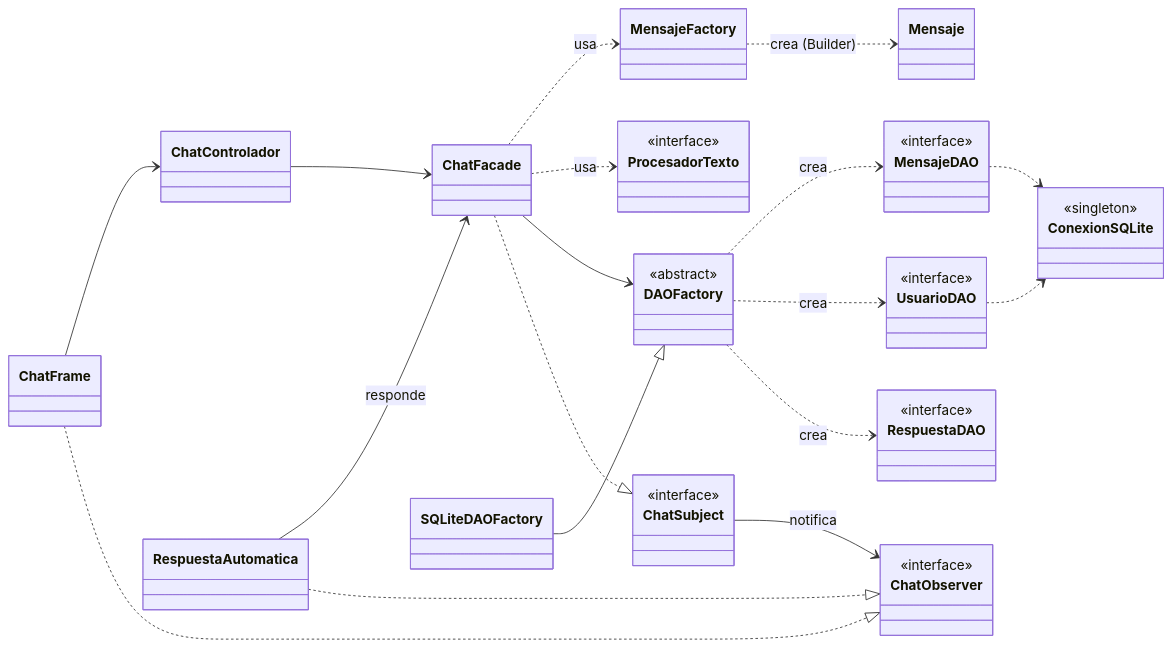
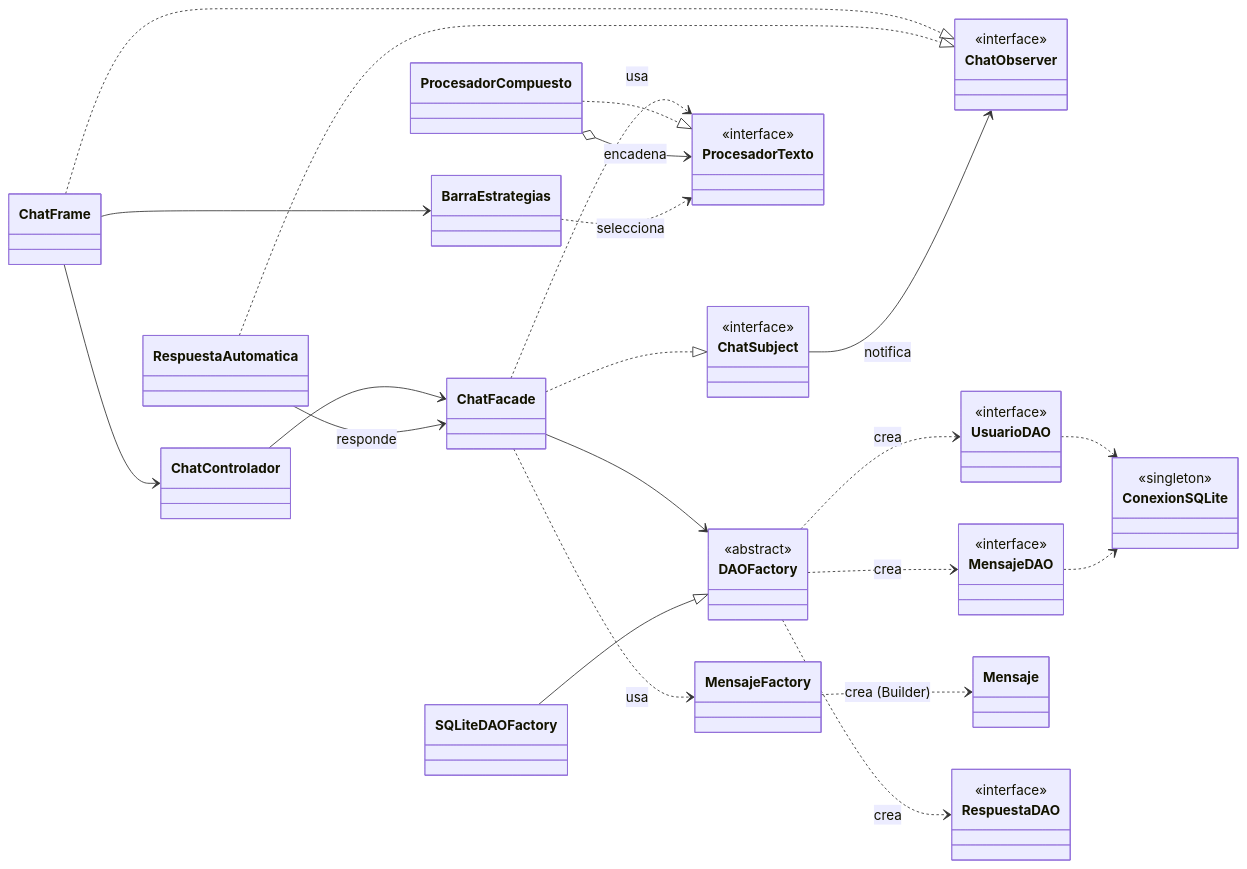
Before and after one commit to pbrodriguezm/Tecnolog-a-de-Objetos: the diagram in README.md, drawn with Mermaid. The commit also changed other lines of this file and 3 other files, not shown here.

Commit message:
feat: actualizacion de barra de texto como estrategia

````diff
--- a/README.md
+++ b/README.md
@@ -79,37 +79,43 @@
 ```mermaid
 classDiagram
     direction LR
     class ChatFrame
     class ChatControlador
     class ChatFacade
     class ChatSubject {<<interface>>}
     class ChatObserver {<<interface>>}
     class DAOFactory {<<abstract>>}
     class SQLiteDAOFactory
     class UsuarioDAO {<<interface>>}
     class MensajeDAO {<<interface>>}
     class ProcesadorTexto {<<interface>>}
+    class ProcesadorCompuesto
+    class BarraEstrategias
     class MensajeFactory
     class Mensaje
     class RespuestaAutomatica
     class RespuestaDAO {<<interface>>}
     class ConexionSQLite {<<singleton>>}
 
     ChatFrame ..|> ChatObserver
     ChatFrame --> ChatControlador
     ChatControlador --> ChatFacade
     ChatFacade ..|> ChatSubject
     RespuestaAutomatica ..|> ChatObserver
     RespuestaAutomatica --> ChatFacade : responde
     DAOFactory ..> RespuestaDAO : crea
     ChatSubject --> ChatObserver : notifica
     ChatFacade --> DAOFactory
     SQLiteDAOFactory --|> DAOFactory
     DAOFactory ..> UsuarioDAO : crea
     DAOFactory ..> MensajeDAO : crea
     ChatFacade ..> ProcesadorTexto : usa
+    ProcesadorCompuesto ..|> ProcesadorTexto
+    ProcesadorCompuesto o--> ProcesadorTexto : encadena
+    BarraEstrategias ..> ProcesadorTexto : selecciona
+    ChatFrame --> BarraEstrategias
     ChatFacade ..> MensajeFactory : usa
     MensajeFactory ..> Mensaje : crea (Builder)
     UsuarioDAO ..> ConexionSQLite
     MensajeDAO ..> ConexionSQLite
 ```
````
